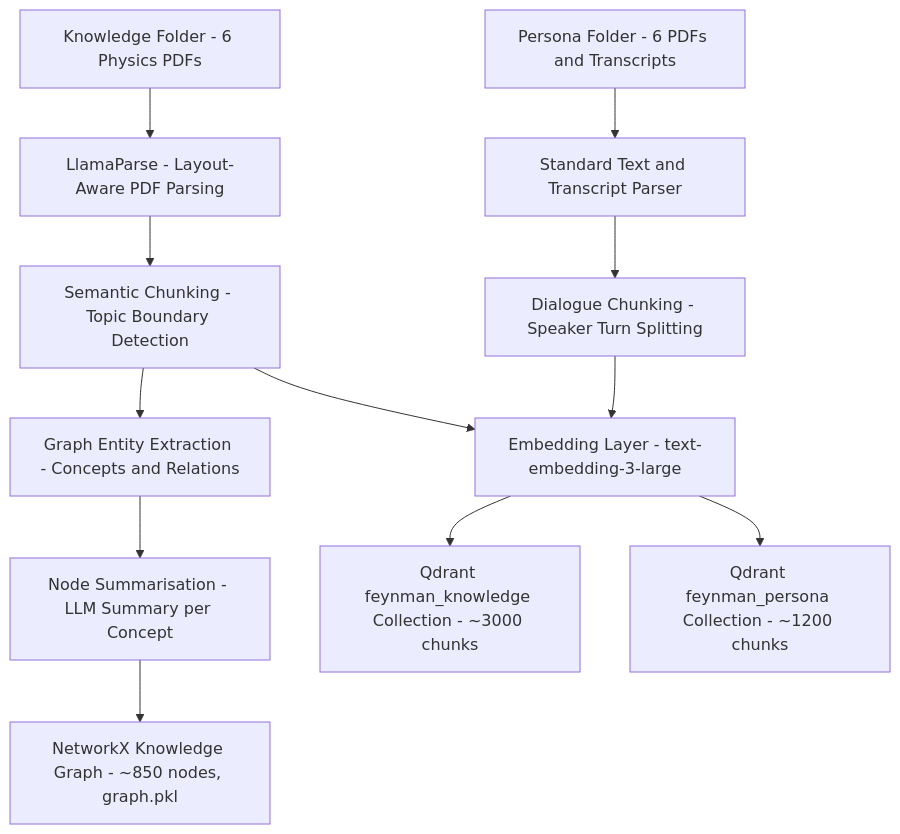
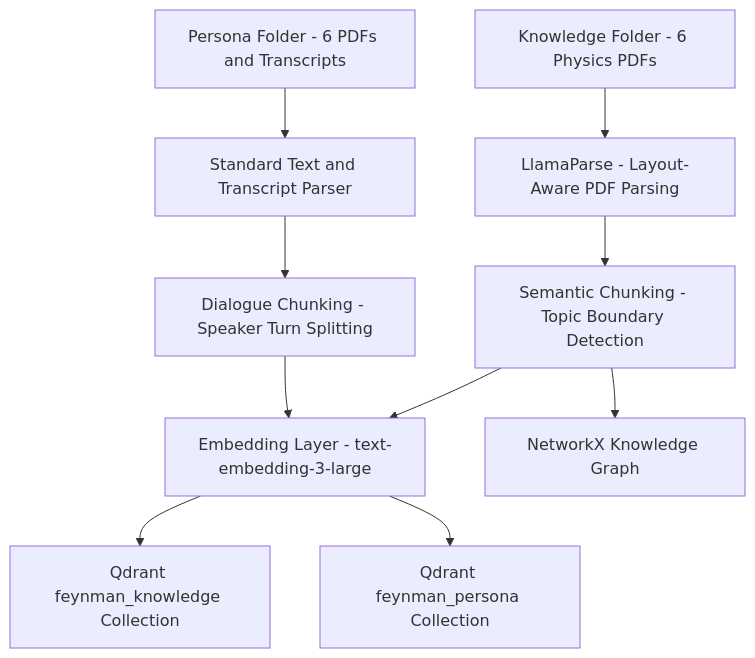
Before and after one commit to RajatRawal-06/Digital_Twin_Rag: the second of 2 diagrams in README.md, drawn with Mermaid.

Commit message:
Revert Data Ingestion Pipeline Mermaid diagram to original simpler version

````diff
--- a/README.md
+++ b/README.md
@@ -165,18 +165,15 @@
 ```mermaid
 flowchart TB
     K["Knowledge Folder - 6 Physics PDFs"] --> KP["LlamaParse - Layout-Aware PDF Parsing"]
     P["Persona Folder - 6 PDFs and Transcripts"] --> PP["Standard Text and Transcript Parser"]
 
     KP --> KC["Semantic Chunking - Topic Boundary Detection"]
     PP --> PC["Dialogue Chunking - Speaker Turn Splitting"]
 
     KC --> EMB["Embedding Layer - text-embedding-3-large"]
     PC --> EMB
 
-    KC --> KG["Graph Entity Extraction - Concepts and Relations"]
-    KG --> NGS["Node Summarisation - LLM Summary per Concept"]
-    NGS --> NKG["NetworkX Knowledge Graph - ~850 nodes, graph.pkl"]
-
-    EMB --> QK["Qdrant feynman_knowledge Collection - ~3000 chunks"]
-    EMB --> QP["Qdrant feynman_persona Collection - ~1200 chunks"]
+    EMB --> QK["Qdrant feynman_knowledge Collection"]
+    EMB --> QP["Qdrant feynman_persona Collection"]
+    KC --> KG["NetworkX Knowledge Graph"]
 ```
````
